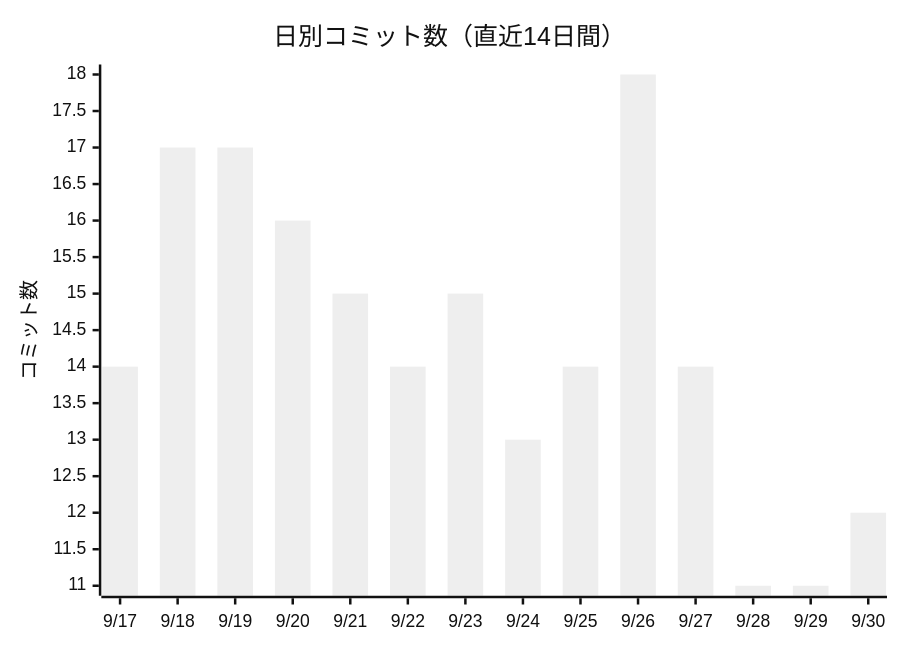
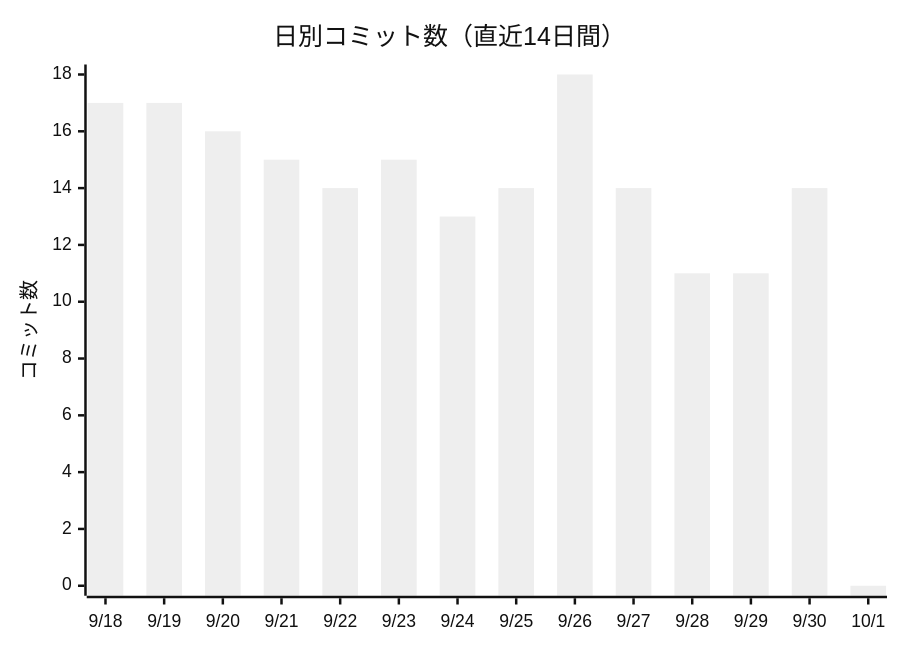
One commit to non-x2/non-x2 changed the first of 2 diagrams in docs/進化レポート.md. Above: the diagram before and after it, drawn with Mermaid (neutral theme). The commit also changed other lines of this file and 3 other files, not shown here.

First line of the commit message:
🧭 地図の見張り番に「docsの歩き方」の目次も見張らせた（候補47）

````diff
--- a/docs/進化レポート.md
+++ b/docs/進化レポート.md
@@ -23,7 +23,7 @@
 ```mermaid
 xychart-beta
     title "日別コミット数（直近14日間）"
-    x-axis ["9/17", "9/18", "9/19", "9/20", "9/21", "9/22", "9/23", "9/24", "9/25", "9/26", "9/27", "9/28", "9/29", "9/30"]
+    x-axis ["9/18", "9/19", "9/20", "9/21", "9/22", "9/23", "9/24", "9/25", "9/26", "9/27", "9/28", "9/29", "9/30", "10/1"]
     y-axis "コミット数"
-    bar [14, 17, 17, 16, 15, 14, 15, 13, 14, 18, 14, 11, 11, 12]
+    bar [17, 17, 16, 15, 14, 15, 13, 14, 18, 14, 11, 11, 14, 0]
 ```
````
